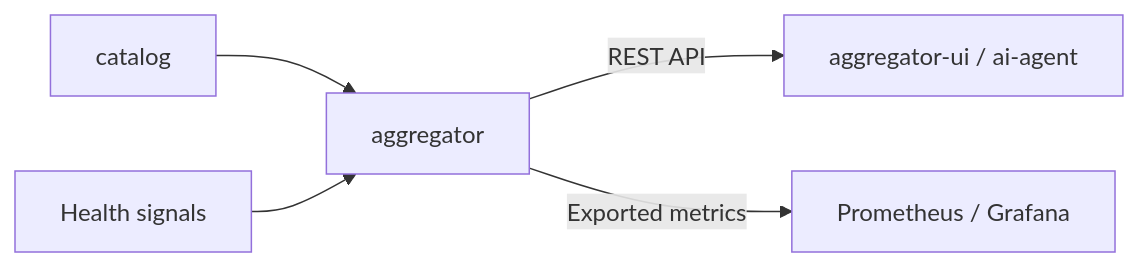
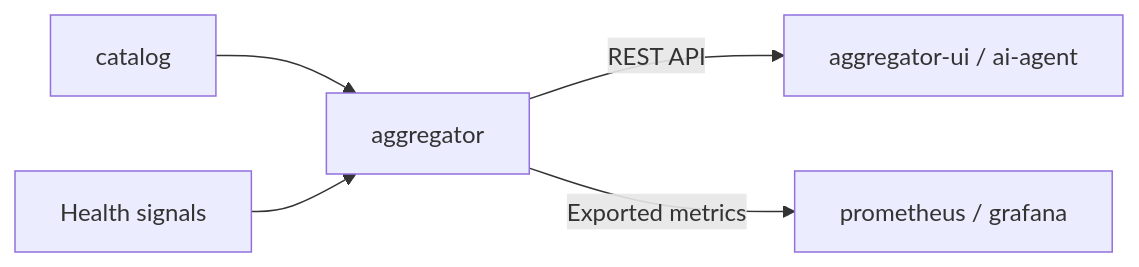
Before and after one commit to aleksei-sapozhnikov/aggregator: the first of 3 diagrams in docs/services.md, drawn with Mermaid. The commit also changed other lines of this file, not shown here.

Commit message:
Align Prometheus and Grafana service names

````diff
--- a/docs/services.md
+++ b/docs/services.md
@@ -13,8 +13,8 @@
 ```mermaid
 flowchart LR
   catalog["catalog"] --> aggregator["aggregator"]
   signals["Health signals"] --> aggregator
 
   aggregator -->|REST API| consumers["aggregator-ui / ai-agent"]
-  aggregator -->|Exported metrics| history["Prometheus / Grafana"]
+  aggregator -->|Exported metrics| history["prometheus / grafana"]
 ```
````
